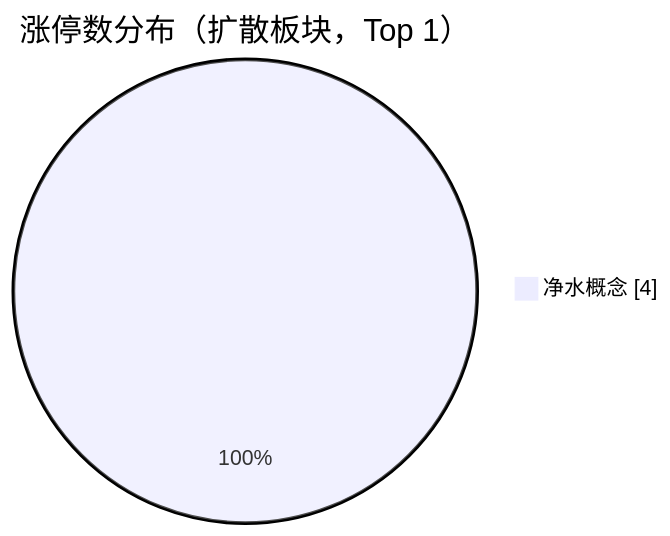
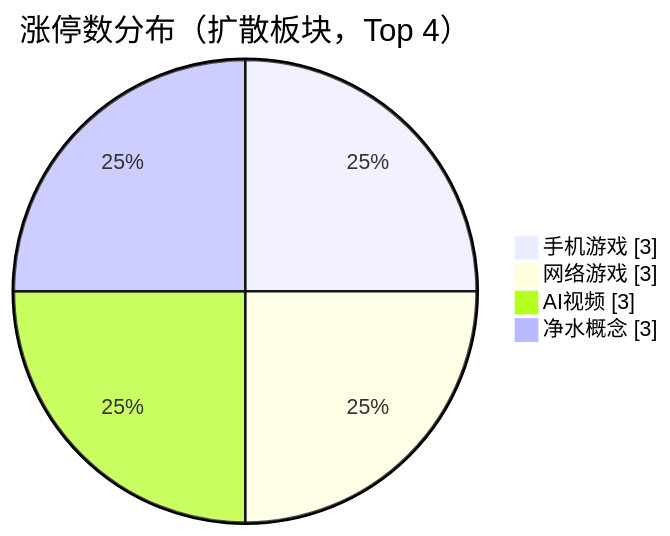
Before and after one commit to chenyang1999/chzl-kg: the first of 3 diagrams in content/投研交易/盘中分析/20261116.md, drawn with Mermaid. The commit also changed other lines of this file, not shown here.

````diff
--- a/content/投研交易/盘中分析/20261116.md
+++ b/content/投研交易/盘中分析/20261116.md
@@ -30,5 +30,8 @@
 ```mermaid
 pie showData
-    title 涨停数分布（扩散板块，Top 1）
-    "净水概念" : 4
+    title 涨停数分布（扩散板块，Top 4）
+    "手机游戏" : 3
+    "网络游戏" : 3
+    "AI视频" : 3
+    "净水概念" : 3
 ```
````
